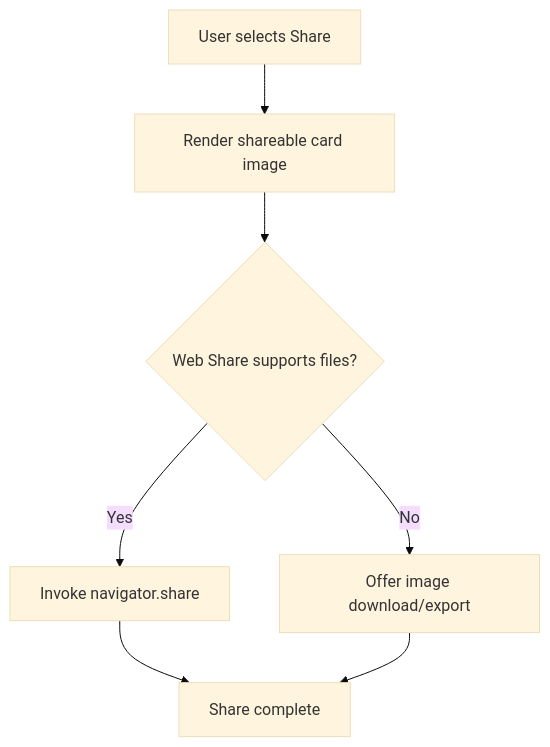
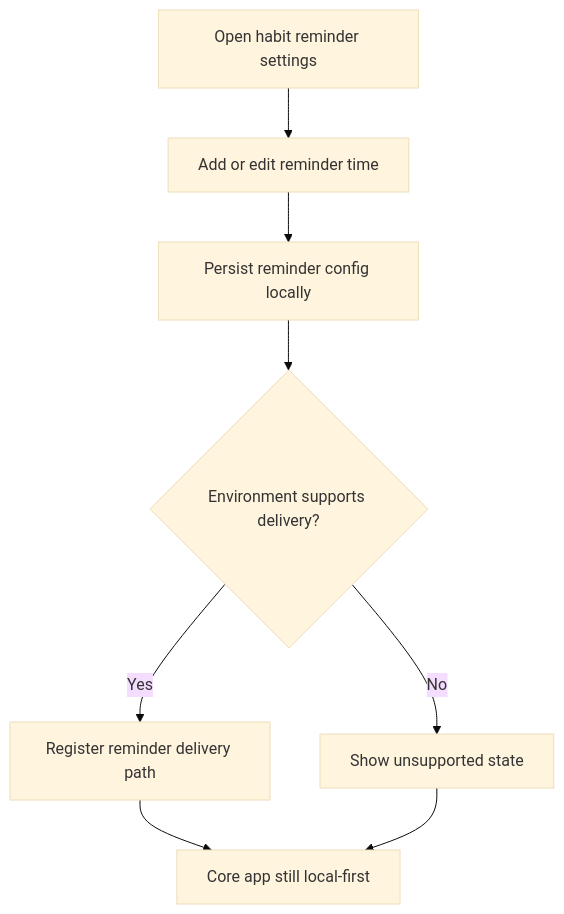
Before and after one commit to samaita/habit-heatmap: diagram 15 of 15 in artefacts/trd.md, drawn with Mermaid (base theme). The commit also changed other lines of this file and 2 other files, not shown here.

````diff
--- a/artefacts/trd.md
+++ b/artefacts/trd.md
@@ -281,9 +299,10 @@
 ```mermaid
 flowchart TD
-  A[User selects Share] --> B[Render shareable card image]
-  B --> C{Web Share supports files?}
-  C -->|Yes| D[Invoke navigator.share]
-  C -->|No| E[Offer image download/export]
-  D --> F[Share complete]
-  E --> F
+  A[Open habit reminder settings] --> B[Add or edit reminder time]
+  B --> C[Persist reminder config locally]
+  C --> D{Environment supports delivery?}
+  D -->|Yes| E[Register reminder delivery path]
+  D -->|No| F[Show unsupported state]
+  E --> G[Core app still local-first]
+  F --> G
 ```
````
